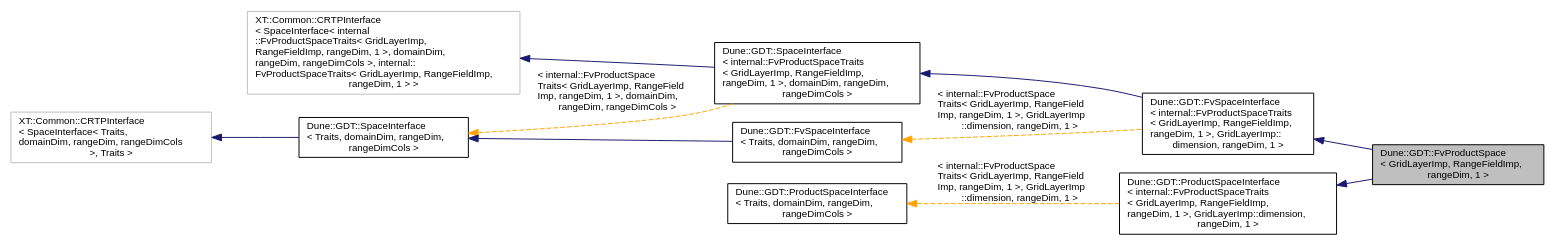
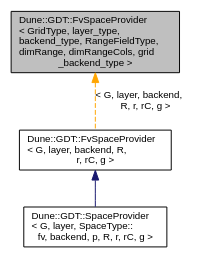
Before and after one commit to dune-community/dune-community.github.io: the diagram in docs/dune-gdt/master/a02660.dot, drawn with Graphviz. The commit also changed 1973 other files, not shown here.

Commit message:
Updated documentation for dune-gdt master

```diff
--- a/docs/dune-gdt/master/a02660.dot
+++ b/docs/dune-gdt/master/a02660.dot
@@ -1,24 +1,10 @@
-digraph "Dune::GDT::FvProductSpace&lt; GridLayerImp, RangeFieldImp, rangeDim, 1 &gt;"
+digraph "Dune::GDT::FvSpaceProvider&lt; GridType, layer_type, backend_type, RangeFieldType, dimRange, dimRangeCols, grid_backend_type &gt;"
 {
   edge [fontname="Helvetica",fontsize="10",labelfontname="Helvetica",labelfontsize="10"];
   node [fontname="Helvetica",fontsize="10",shape=record];
-  rankdir="LR";
-  Node0 [label="Dune::GDT::FvProductSpace\l\< GridLayerImp, RangeFieldImp,\l rangeDim, 1 \>",height=0.2,width=0.4,color="black", fillcolor="grey75", style="filled", fontcolor="black"];
-  Node1 -> Node0 [dir="back",color="midnightblue",fontsize="10",style="solid",fontname="Helvetica"];
-  Node1 [label="Dune::GDT::FvSpaceInterface\l\< internal::FvProductSpaceTraits\l\< GridLayerImp, RangeFieldImp,\l rangeDim, 1 \>, GridLayerImp::\ldimension, rangeDim, 1 \>",height=0.2,width=0.4,color="black", fillcolor="white", style="filled",URL="$a02637.html"];
-  Node2 -> Node1 [dir="back",color="midnightblue",fontsize="10",style="solid",fontname="Helvetica"];
-  Node2 [label="Dune::GDT::SpaceInterface\l\< internal::FvProductSpaceTraits\l\< GridLayerImp, RangeFieldImp,\l rangeDim, 1 \>, domainDim, rangeDim,\l rangeDimCols \>",height=0.2,width=0.4,color="black", fillcolor="white", style="filled",URL="$a02709.html"];
-  Node3 -> Node2 [dir="back",color="midnightblue",fontsize="10",style="solid",fontname="Helvetica"];
-  Node3 [label="XT::Common::CRTPInterface\l\< SpaceInterface\< internal\l::FvProductSpaceTraits\< GridLayerImp,\l RangeFieldImp, rangeDim, 1 \>, domainDim,\l rangeDim, rangeDimCols \>, internal::\lFvProductSpaceTraits\< GridLayerImp, RangeFieldImp,\l rangeDim, 1 \> \>",height=0.2,width=0.4,color="grey75", fillcolor="white", style="filled"];
-  Node4 -> Node2 [dir="back",color="orange",fontsize="10",style="dashed",label=" \< internal::FvProductSpace\lTraits\< GridLayerImp, RangeField\lImp, rangeDim, 1 \>, domainDim,\l rangeDim, rangeDimCols \>" ,fontname="Helvetica"];
-  Node4 [label="Dune::GDT::SpaceInterface\l\< Traits, domainDim, rangeDim,\l rangeDimCols \>",height=0.2,width=0.4,color="black", fillcolor="white", style="filled",URL="$a02709.html"];
-  Node5 -> Node4 [dir="back",color="midnightblue",fontsize="10",style="solid",fontname="Helvetica"];
-  Node5 [label="XT::Common::CRTPInterface\l\< SpaceInterface\< Traits,\l domainDim, rangeDim, rangeDimCols\l \>, Traits \>",height=0.2,width=0.4,color="grey75", fillcolor="white", style="filled"];
-  Node6 -> Node1 [dir="back",color="orange",fontsize="10",style="dashed",label=" \< internal::FvProductSpace\lTraits\< GridLayerImp, RangeField\lImp, rangeDim, 1 \>, GridLayerImp\l::dimension, rangeDim, 1 \>" ,fontname="Helvetica"];
-  Node6 [label="Dune::GDT::FvSpaceInterface\l\< Traits, domainDim, rangeDim,\l rangeDimCols \>",height=0.2,width=0.4,color="black", fillcolor="white", style="filled",URL="$a02637.html"];
-  Node4 -> Node6 [dir="back",color="midnightblue",fontsize="10",style="solid",fontname="Helvetica"];
-  Node7 -> Node0 [dir="back",color="midnightblue",fontsize="10",style="solid",fontname="Helvetica"];
-  Node7 [label="Dune::GDT::ProductSpaceInterface\l\< internal::FvProductSpaceTraits\l\< GridLayerImp, RangeFieldImp,\l rangeDim, 1 \>, GridLayerImp::dimension,\l rangeDim, 1 \>",height=0.2,width=0.4,color="black", fillcolor="white", style="filled",URL="$a02717.html"];
-  Node8 -> Node7 [dir="back",color="orange",fontsize="10",style="dashed",label=" \< internal::FvProductSpace\lTraits\< GridLayerImp, RangeField\lImp, rangeDim, 1 \>, GridLayerImp\l::dimension, rangeDim, 1 \>" ,fontname="Helvetica"];
-  Node8 [label="Dune::GDT::ProductSpaceInterface\l\< Traits, domainDim, rangeDim,\l rangeDimCols \>",height=0.2,width=0.4,color="black", fillcolor="white", style="filled",URL="$a02717.html"];
+  Node0 [label="Dune::GDT::FvSpaceProvider\l\< GridType, layer_type,\l backend_type, RangeFieldType,\l dimRange, dimRangeCols, grid\l_backend_type \>",height=0.2,width=0.4,color="black", fillcolor="grey75", style="filled", fontcolor="black"];
+  Node0 -> Node1 [dir="back",color="orange",fontsize="10",style="dashed",label=" \< G, layer, backend,\l R, r, rC, g \>" ,fontname="Helvetica"];
+  Node1 [label="Dune::GDT::FvSpaceProvider\l\< G, layer, backend, R,\l r, rC, g \>",height=0.2,width=0.4,color="black", fillcolor="white", style="filled",URL="$a02661.html"];
+  Node1 -> Node2 [dir="back",color="midnightblue",fontsize="10",style="solid",fontname="Helvetica"];
+  Node2 [label="Dune::GDT::SpaceProvider\l\< G, layer, SpaceType::\lfv, backend, p, R, r, rC, g \>",height=0.2,width=0.4,color="black", fillcolor="white", style="filled",URL="$a02945.html"];
 }
```
